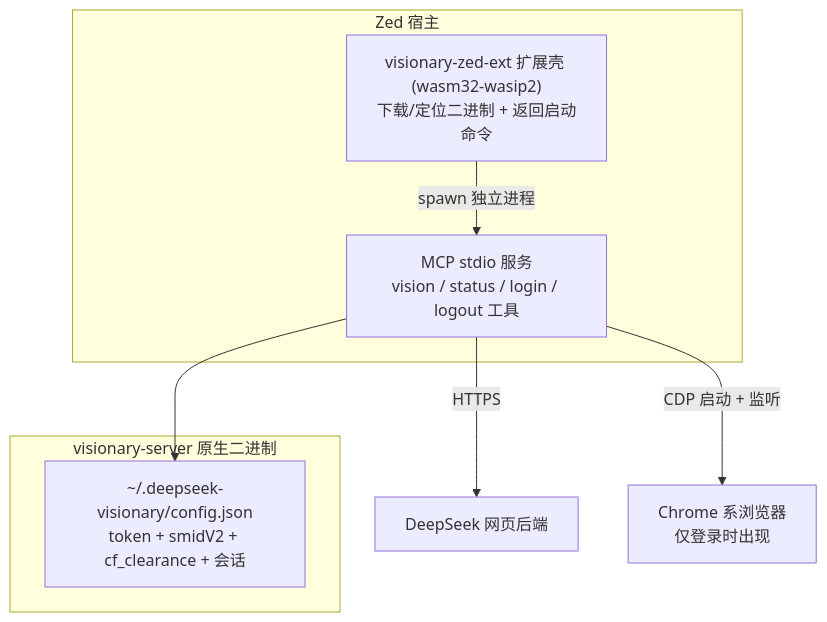
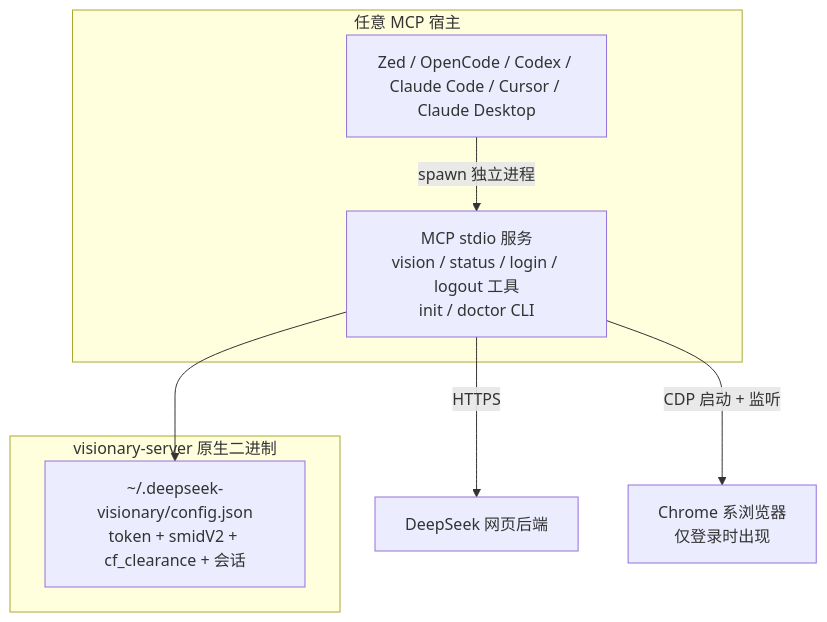
The diagram in README.md (xlight/deepseek-visionary), drawn with Mermaid before and after one commit. The commit also changed other lines of this file and 30 other files, not shown here.

````diff
--- a/README.md
+++ b/README.md
@@ -9,14 +9,14 @@
 ```mermaid
 graph TD
-    subgraph Zed 宿主
-        EXT["visionary-zed-ext 扩展壳 (wasm32-wasip2)<br/>下载/定位二进制 + 返回启动命令"]
-        EXT -->|spawn 独立进程| SRV
+    subgraph 宿主[任意 MCP 宿主]
+        AG["Zed / OpenCode / Codex / Claude Code / Cursor / Claude Desktop"]
+        AG -->|spawn 独立进程| SRV
     end
     subgraph visionary-server 原生二进制
-        SRV["MCP stdio 服务<br/>vision / status / login / logout 工具"]
+        SRV["MCP stdio 服务<br/>vision / status / login / logout 工具<br/>init / doctor CLI"]
         CFG["~/.deepseek-visionary/config.json<br/>token + smidV2 + cf_clearance + 会话"]
         SRV --> CFG
     end
     SRV -->|HTTPS| DS["DeepSeek 网页后端"]
     SRV -->|CDP 启动 + 监听| BRO["Chrome 系浏览器<br/>仅登录时出现"]
 ```
````
